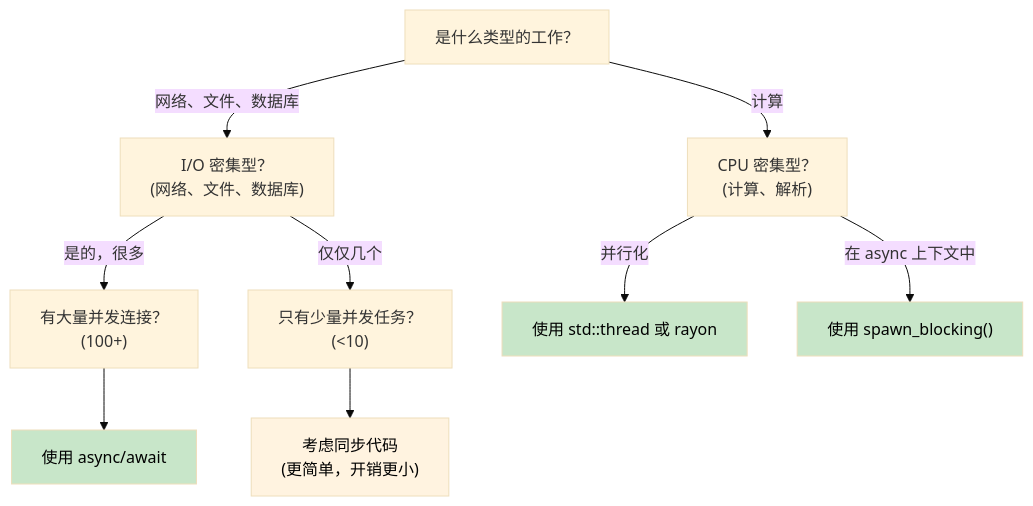
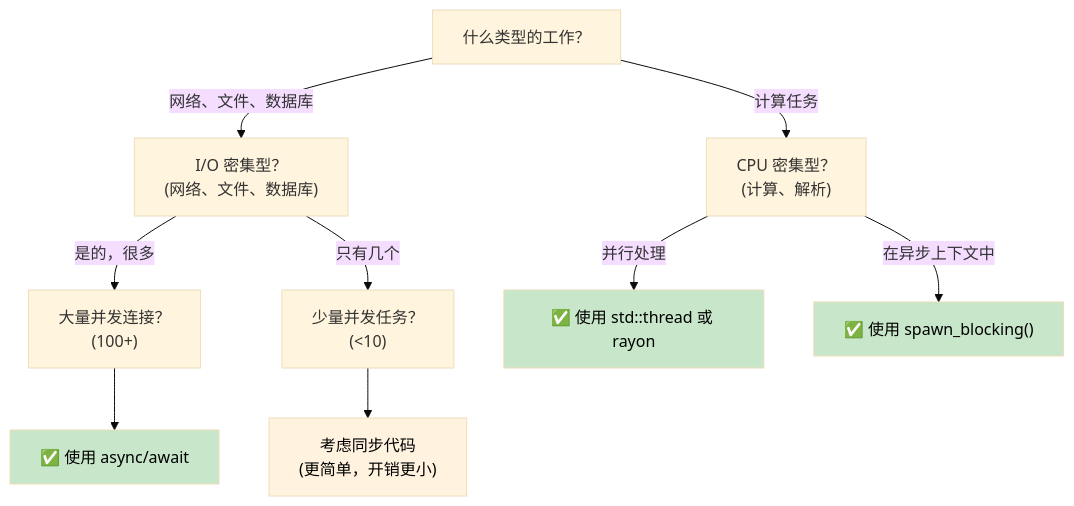
One commit to veegn/rust-training-zh changed the second of 2 diagrams in async-book/src/zh/ch01-why-async-is-different-in-rust.md. Above: the diagram before and after it, drawn with Mermaid (base theme). The commit also changed other lines of this file and 354 other files, not shown here.

````diff
--- a/async-book/src/zh/ch01-why-async-is-different-in-rust.md
+++ b/async-book/src/zh/ch01-why-async-is-different-in-rust.md
@@ -98,28 +97,28 @@
 ```mermaid
 graph TD
-    START["是什么类型的工作？"]
+    START["什么类型的工作？"]
 
     IO["I/O 密集型？<br/>(网络、文件、数据库)"]
     CPU["CPU 密集型？<br/>(计算、解析)"]
-    MANY["有大量并发连接？<br/>(100+)"]
-    FEW["只有少量并发任务？<br/>(<10)"]
+    MANY["大量并发连接？<br/>(100+)"]
+    FEW["少量并发任务？<br/>(<10)"]
 
-    USE_ASYNC["使用 async/await"]
-    USE_THREADS["使用 std::thread 或 rayon"]
-    USE_SPAWN_BLOCKING["使用 spawn_blocking()"]
+    USE_ASYNC["✅ 使用 async/await"]
+    USE_THREADS["✅ 使用 std::thread 或 rayon"]
+    USE_SPAWN_BLOCKING["✅ 使用 spawn_blocking()"]
     MAYBE_SYNC["考虑同步代码<br/>(更简单，开销更小)"]
 
     START -->|网络、文件、数据库| IO
-    START -->|计算| CPU
+    START -->|计算任务| CPU
     IO -->|是的，很多| MANY
-    IO -->|仅仅几个| FEW
+    IO -->|只有几个| FEW
     MANY --> USE_ASYNC
     FEW --> MAYBE_SYNC
-    CPU -->|并行化| USE_THREADS
-    CPU -->|在 async 上下文中| USE_SPAWN_BLOCKING
+    CPU -->|并行处理| USE_THREADS
+    CPU -->|在异步上下文中| USE_SPAWN_BLOCKING
 
     style USE_ASYNC fill:#c8e6c9,color:#000
     style USE_THREADS fill:#c8e6c9,color:#000
     style USE_SPAWN_BLOCKING fill:#c8e6c9,color:#000
     style MAYBE_SYNC fill:#fff3e0,color:#000
 ```
````
